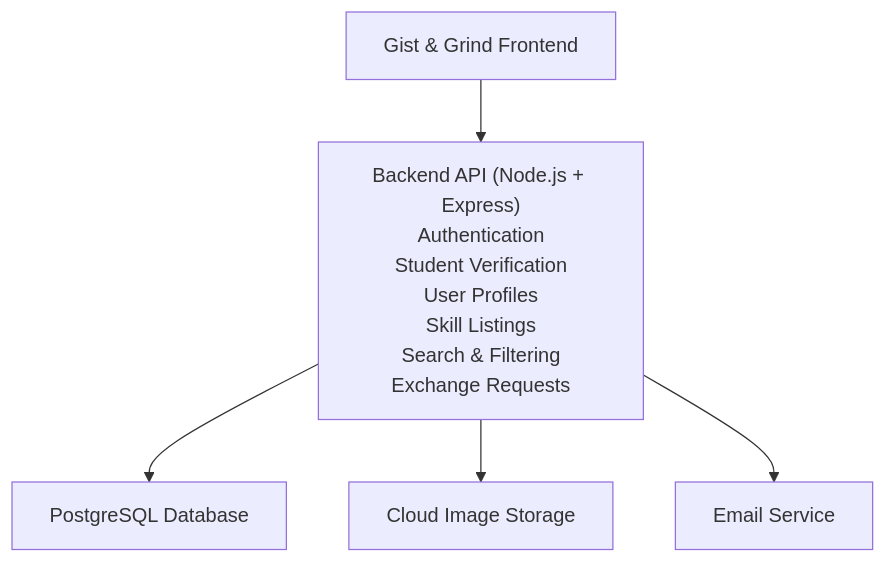
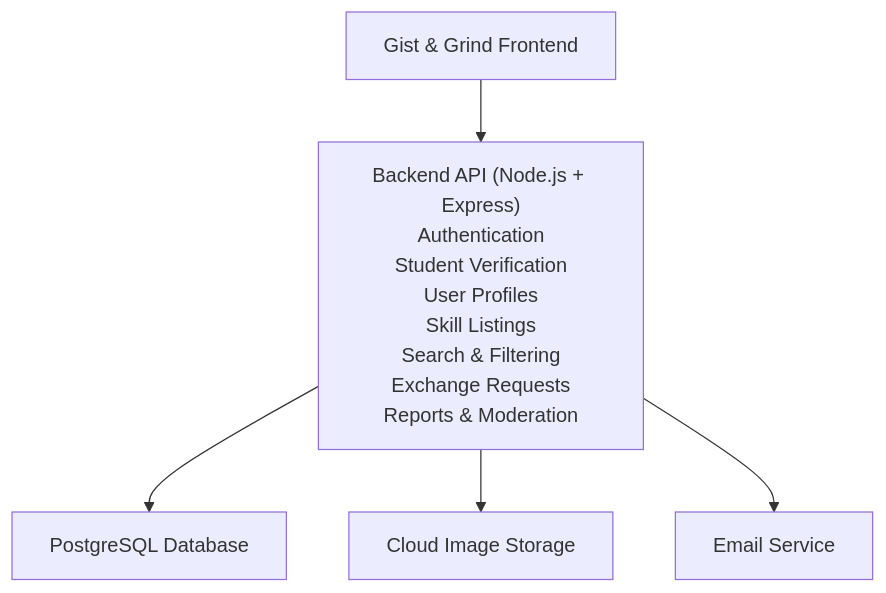
One commit to pheona-cypto/BLUE changed the second of 2 diagrams in docs/02-arhitecture.md. Above: the diagram before and after it, drawn with Mermaid. The commit also changed other lines of this file, not shown here.

````diff
--- a/docs/02-arhitecture.md
+++ b/docs/02-arhitecture.md
@@ -31,12 +31,12 @@
 ```mermaid
 flowchart TD
    A[Gist & Grind Frontend]
-   B["Backend API (Node.js + Express)<br/>Authentication<br/>Student Verification<br/>User Profiles<br/>Skill Listings<br/>Search & Filtering<br/>Exchange Requests"]
+   B["Backend API (Node.js + Express)<br/>Authentication<br/>Student Verification<br/>User Profiles<br/>Skill Listings<br/>Search & Filtering<br/>Exchange Requests<br/>Reports & Moderation"]
    A --> B
    C[PostgreSQL Database]
    B --> C
    E[Cloud Image Storage]
 F[Email Service]
 B --> E
 B --> F
 ```
````
